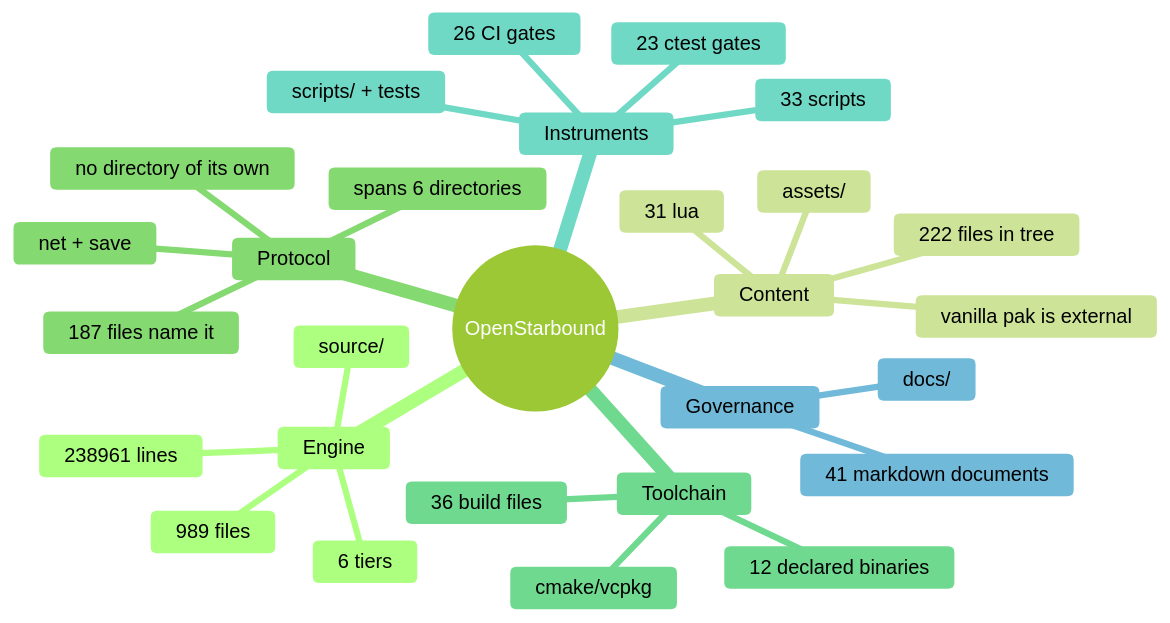
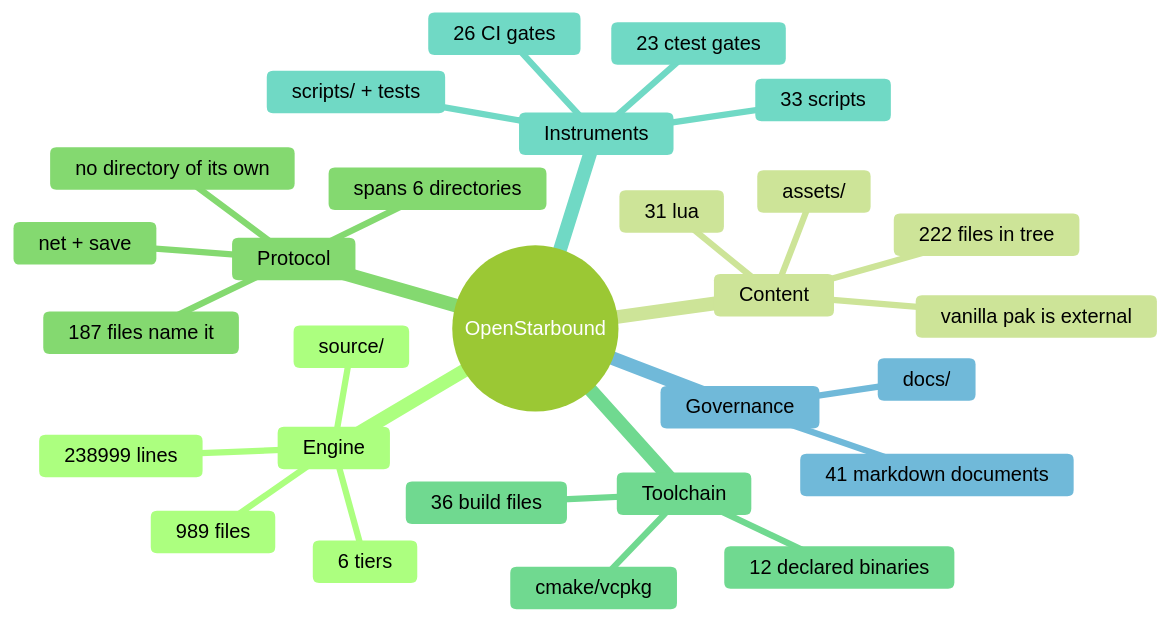
Before and after one commit to apnex/OpenStarbound: the second of 11 diagrams in docs/architecture/system-boundaries.md, drawn with Mermaid (forest theme). The commit also changed other lines of this file and 1 other file, not shown here.

````diff
--- a/docs/architecture/system-boundaries.md
+++ b/docs/architecture/system-boundaries.md
@@ -166,31 +166,31 @@
 ```mermaid
 mindmap
   root((OpenStarbound))
     Engine
       source/
       989 files
-      238961 lines
+      238999 lines
       6 tiers
     Content
       assets/
       222 files in tree
       31 lua
       vanilla pak is external
     Protocol
       net + save
       187 files name it
       spans 6 directories
       no directory of its own
     Toolchain
       cmake/vcpkg
       36 build files
       12 declared binaries
     Instruments
       scripts/ + tests
       33 scripts
       23 ctest gates
       26 CI gates
     Governance
       docs/
       41 markdown documents
 ```
````
